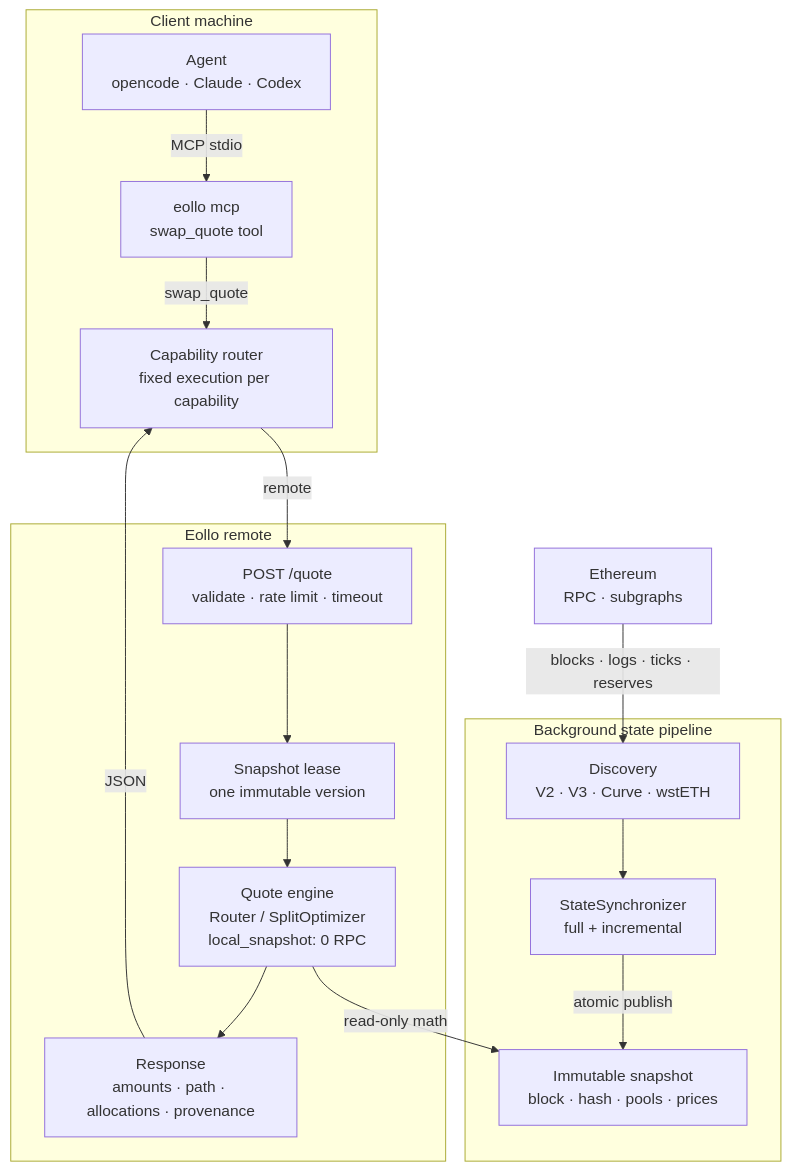
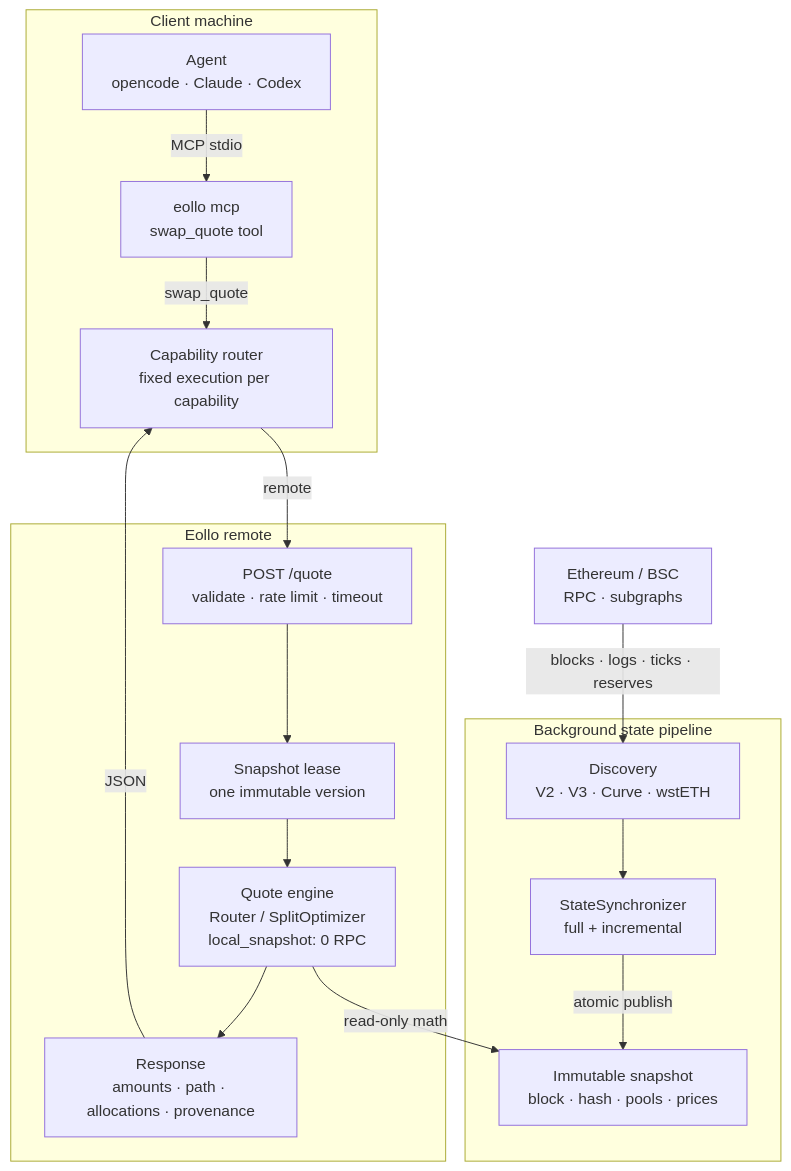
One commit to ZhangPeibin/Fluxion changed the diagram in docs/capabilities/swap/README.md. Above: the diagram before and after it, drawn with Mermaid. The commit also changed other lines of this file and 35 other files, not shown here.

````diff
--- a/docs/capabilities/swap/README.md
+++ b/docs/capabilities/swap/README.md
@@ -50,35 +50,35 @@
 ```mermaid
 flowchart TB
     subgraph Client["Client machine"]
         Agent["Agent<br/>opencode · Claude · Codex"]
         MCP["eollo mcp<br/>swap_quote tool"]
         CapRouter["Capability router<br/>fixed execution per capability"]
     end
 
     subgraph Remote["Eollo remote"]
         API["POST /quote<br/>validate · rate limit · timeout"]
         Lease["Snapshot lease<br/>one immutable version"]
         Engine["Quote engine<br/>Router / SplitOptimizer<br/>local_snapshot: 0 RPC"]
         Response["Response<br/>amounts · path · allocations · provenance"]
     end
 
     subgraph Background["Background state pipeline"]
         Discovery["Discovery<br/>V2 · V3 · Curve · wstETH"]
         Sync["StateSynchronizer<br/>full + incremental"]
         Snapshot["Immutable snapshot<br/>block · hash · pools · prices"]
     end
 
-    Chain["Ethereum<br/>RPC · subgraphs"]
+    Chain["Ethereum / BSC<br/>RPC · subgraphs"]
 
     Agent -->|MCP stdio| MCP
     MCP -->|swap_quote| CapRouter
     CapRouter -->|remote| API
     API --> Lease
     Lease --> Engine
     Engine -->|read-only math| Snapshot
     Engine --> Response
     Response -->|JSON| CapRouter
     Chain -->|blocks · logs · ticks · reserves| Discovery
     Discovery --> Sync
     Sync -->|atomic publish| Snapshot
 ```
````
